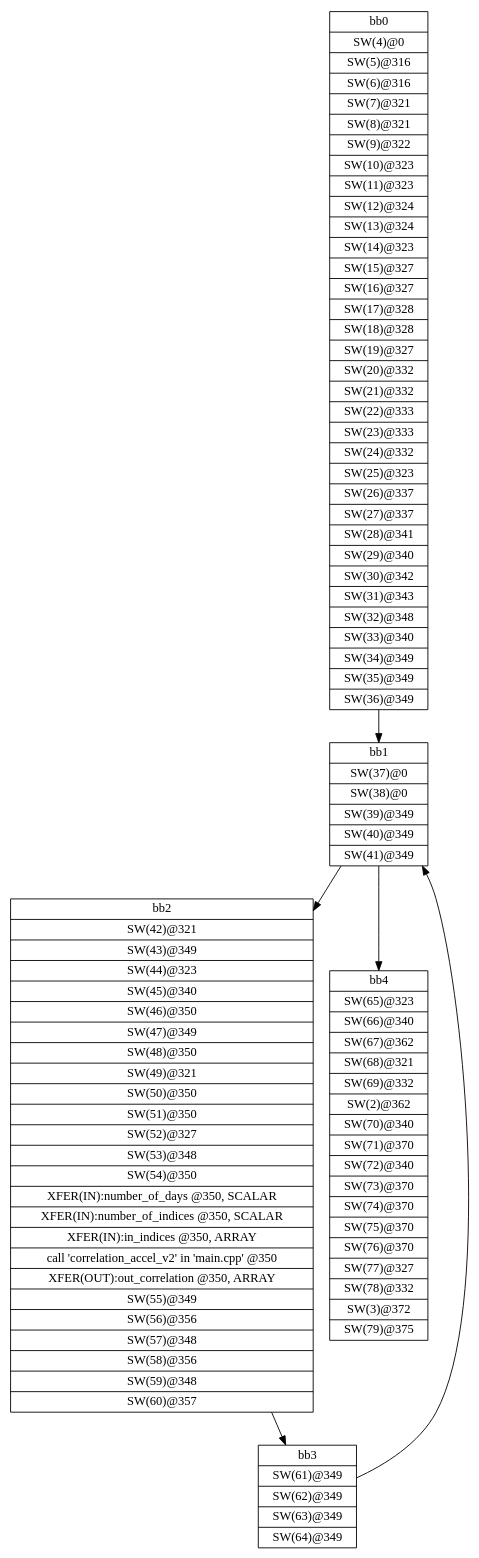
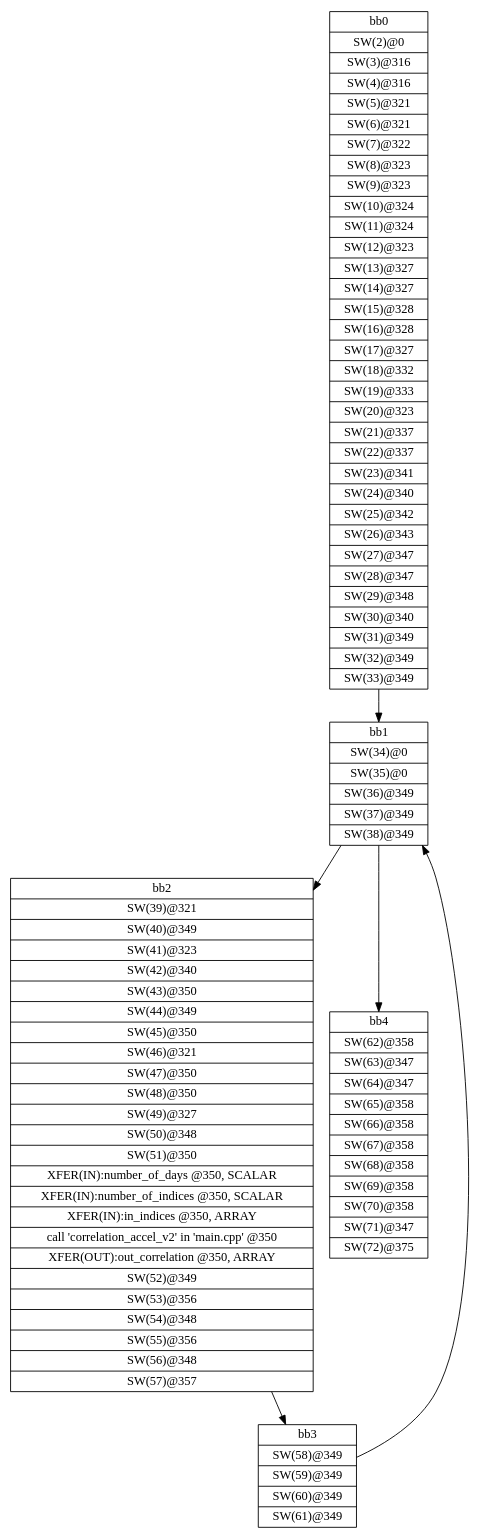
The diagram in workspace/correlation_ver2_axis/correlation_axis_ver2/SDRelease/_sds/.llvm/_px_cdfg_xfer_main.dot (nguyencanhtrung/SDSoC), drawn with Graphviz before and after one commit. The commit also changed 716 other files, not shown here.

```diff
--- a/workspace/correlation_ver2_axis/correlation_axis_ver2/SDRelease/_sds/.llvm/_px_cdfg_xfer_main.dot
+++ b/workspace/correlation_ver2_axis/correlation_axis_ver2/SDRelease/_sds/.llvm/_px_cdfg_xfer_main.dot
@@ -1,13 +1,13 @@
 digraph CDFG {
 node [shape=record];
-bb0 [shape=record, label = "{bb0|<x0x2d03ca0>SW(4)@0\n|<x0x2d03d20>SW(5)@316\n|<x0x2d03f10>SW(6)@316\n|<x0x2d04660>SW(7)@321\n|<x0x2d04890>SW(8)@321\n|<x0x2d04ac0>SW(9)@322\n|<x0x2d04cf0>SW(10)@323\n|<x0x2d04f20>SW(11)@323\n|<x0x2d05150>SW(12)@324\n|<x0x2d053a0>SW(13)@324\n|<x0x2d00ad0>SW(14)@323\n|<x0x2d00d10>SW(15)@327\n|<x0x2d00f40>SW(16)@327\n|<x0x2d01170>SW(17)@328\n|<x0x2d013c0>SW(18)@328\n|<x0x2d015d0>SW(19)@327\n|<x0x2d01810>SW(20)@332\n|<x0x2d01a40>SW(21)@332\n|<x0x2d01c70>SW(22)@333\n|<x0x2d01ec0>SW(23)@333\n|<x0x2d020d0>SW(24)@332\n|<x0x2d02310>SW(25)@323\n|<x0x2d02540>SW(26)@337\n|<x0x2d02750>SW(27)@337\n|<x0x2d02970>SW(28)@341\n|<x0x2d06a00>SW(29)@340\n|<x0x2d06c50>SW(30)@342\n|<x0x2d06ec0>SW(31)@343\n|<x0x2d07110>SW(32)@348\n|<x0x2d07340>SW(33)@340\n|<x0x2d07590>SW(34)@349\n|<x0x2d077b0>SW(35)@349\n|<x0x2d079f0>SW(36)@349\n}"];
-bb1 [shape=record, label = "{bb1|<x0x2d07d90>SW(37)@0\n|<x0x2d07f00>SW(38)@0\n|<x0x2d080a0>SW(39)@349\n|<x0x2d082d0>SW(40)@349\n|<x0x2d084e0>SW(41)@349\n}"];
-bb2 [shape=record, label = "{bb2|<x0x2d07c70>SW(42)@321\n|<x0x2d08ae0>SW(43)@349\n|<x0x2d08d10>SW(44)@323\n|<x0x2d08f40>SW(45)@340\n|<x0x2d09190>SW(46)@350\n|<x0x2d093b0>SW(47)@349\n|<x0x2d095e0>SW(48)@350\n|<x0x2d097f0>SW(49)@321\n|<x0x2d09a20>SW(50)@350\n|<x0x2d09c30>SW(51)@350\n|<x0x2d09e50>SW(52)@327\n|<x0x2d0a080>SW(53)@348\n|<x0x2d0a2b0>SW(54)@350\n|<x0x2d0e1a0>XFER(IN):number_of_days @350, SCALAR\n|<x0x2d0e280>XFER(IN):number_of_indices @350, SCALAR\n|<x0x2d0e360>XFER(IN):in_indices @350, ARRAY\n|<x0x2cfc350>call 'correlation_accel_v2' in 'main.cpp' @350\n|<x0x2d0ece0>XFER(OUT):out_correlation @350, ARRAY\n|<x0x2d0a500>SW(55)@349\n|<x0x2d0a730>SW(56)@356\n|<x0x2d0a940>SW(57)@348\n|<x0x2d0ab80>SW(58)@356\n|<x0x2d0ada0>SW(59)@348\n|<x0x2d0afe0>SW(60)@357\n}"];
-bb3 [shape=record, label = "{bb3|<x0x2d0b320>SW(61)@349\n|<x0x2d0b550>SW(62)@349\n|<x0x2d0b760>SW(63)@349\n|<x0x2d0b9a0>SW(64)@349\n}"];
-bb4 [shape=record, label = "{bb4|<x0x2d0bdb0>SW(65)@323\n|<x0x2d0bfb0>SW(66)@340\n|<x0x2d0c200>SW(67)@362\n|<x0x2d0c420>SW(68)@321\n|<x0x2d0c650>SW(69)@332\n|<x0x2d00990>SW(2)@362\n|<x0x2d0c8a0>SW(70)@340\n|<x0x2d0cb60>SW(71)@370\n|<x0x2d0cd20>SW(72)@340\n|<x0x2d0cf70>SW(73)@370\n|<x0x2d0d180>SW(74)@370\n|<x0x2d0d390>SW(75)@370\n|<x0x2d0d5a0>SW(76)@370\n|<x0x2d0d7e0>SW(77)@327\n|<x0x2d0da10>SW(78)@332\n|<x0x2d006d0>SW(3)@372\n|<x0x2d0dc60>SW(79)@375\n}"];
+bb0 [shape=record, label = "{bb0|<x0x1f71bf0>SW(2)@0\n|<x0x1f74b20>SW(3)@316\n|<x0x1f74d30>SW(4)@316\n|<x0x1f753b0>SW(5)@321\n|<x0x1f755b0>SW(6)@321\n|<x0x1f757e0>SW(7)@322\n|<x0x1f75a10>SW(8)@323\n|<x0x1f75c40>SW(9)@323\n|<x0x1f75e70>SW(10)@324\n|<x0x1f76460>SW(11)@324\n|<x0x1f76670>SW(12)@323\n|<x0x1f768b0>SW(13)@327\n|<x0x1f76ae0>SW(14)@327\n|<x0x1f76d10>SW(15)@328\n|<x0x1f76f60>SW(16)@328\n|<x0x1f77170>SW(17)@327\n|<x0x1f72550>SW(18)@332\n|<x0x1f72750>SW(19)@333\n|<x0x1f729a0>SW(20)@323\n|<x0x1f72bd0>SW(21)@337\n|<x0x1f72de0>SW(22)@337\n|<x0x1f73000>SW(23)@341\n|<x0x1f73250>SW(24)@340\n|<x0x1f734a0>SW(25)@342\n|<x0x1f73710>SW(26)@343\n|<x0x1f73960>SW(27)@347\n|<x0x1f73b70>SW(28)@347\n|<x0x1f73db0>SW(29)@348\n|<x0x1f73fe0>SW(30)@340\n|<x0x1f74230>SW(31)@349\n|<x0x1f74450>SW(32)@349\n|<x0x1f78520>SW(33)@349\n}"];
+bb1 [shape=record, label = "{bb1|<x0x1f78880>SW(34)@0\n|<x0x1f789f0>SW(35)@0\n|<x0x1f78b90>SW(36)@349\n|<x0x1f78dc0>SW(37)@349\n|<x0x1f78fd0>SW(38)@349\n}"];
+bb2 [shape=record, label = "{bb2|<x0x1f78760>SW(39)@321\n|<x0x1f795a0>SW(40)@349\n|<x0x1f797d0>SW(41)@323\n|<x0x1f79a00>SW(42)@340\n|<x0x1f79c50>SW(43)@350\n|<x0x1f79e70>SW(44)@349\n|<x0x1f7a0a0>SW(45)@350\n|<x0x1f7a2b0>SW(46)@321\n|<x0x1f7a4e0>SW(47)@350\n|<x0x1f7a730>SW(48)@350\n|<x0x1f7a8f0>SW(49)@327\n|<x0x1f7ab20>SW(50)@348\n|<x0x1f7ad50>SW(51)@350\n|<x0x1f7e2f0>XFER(IN):number_of_days @350, SCALAR\n|<x0x1f7e3d0>XFER(IN):number_of_indices @350, SCALAR\n|<x0x1f7e4b0>XFER(IN):in_indices @350, ARRAY\n|<x0x1f6d9e0>call 'correlation_accel_v2' in 'main.cpp' @350\n|<x0x1f7ea70>XFER(OUT):out_correlation @350, ARRAY\n|<x0x1f7afa0>SW(52)@349\n|<x0x1f7b1d0>SW(53)@356\n|<x0x1f7b3e0>SW(54)@348\n|<x0x1f7b610>SW(55)@356\n|<x0x1f7b830>SW(56)@348\n|<x0x1f7ba70>SW(57)@357\n}"];
+bb3 [shape=record, label = "{bb3|<x0x1f7bdb0>SW(58)@349\n|<x0x1f7bfe0>SW(59)@349\n|<x0x1f7c1f0>SW(60)@349\n|<x0x1f7c430>SW(61)@349\n}"];
+bb4 [shape=record, label = "{bb4|<x0x1f7c6f0>SW(62)@358\n|<x0x1f7ca40>SW(63)@347\n|<x0x1f7cc80>SW(64)@347\n|<x0x1f7ceb0>SW(65)@358\n|<x0x1f7d0c0>SW(66)@358\n|<x0x1f7d2d0>SW(67)@358\n|<x0x1f7d4e0>SW(68)@358\n|<x0x1f7d6f0>SW(69)@358\n|<x0x1f7d950>SW(70)@358\n|<x0x1f7db70>SW(71)@347\n|<x0x1f7ddb0>SW(72)@375\n}"];
 bb0 -> bb1
 bb1 -> bb2
 bb1 -> bb4
 bb2 -> bb3
 bb3 -> bb1
 }
```
